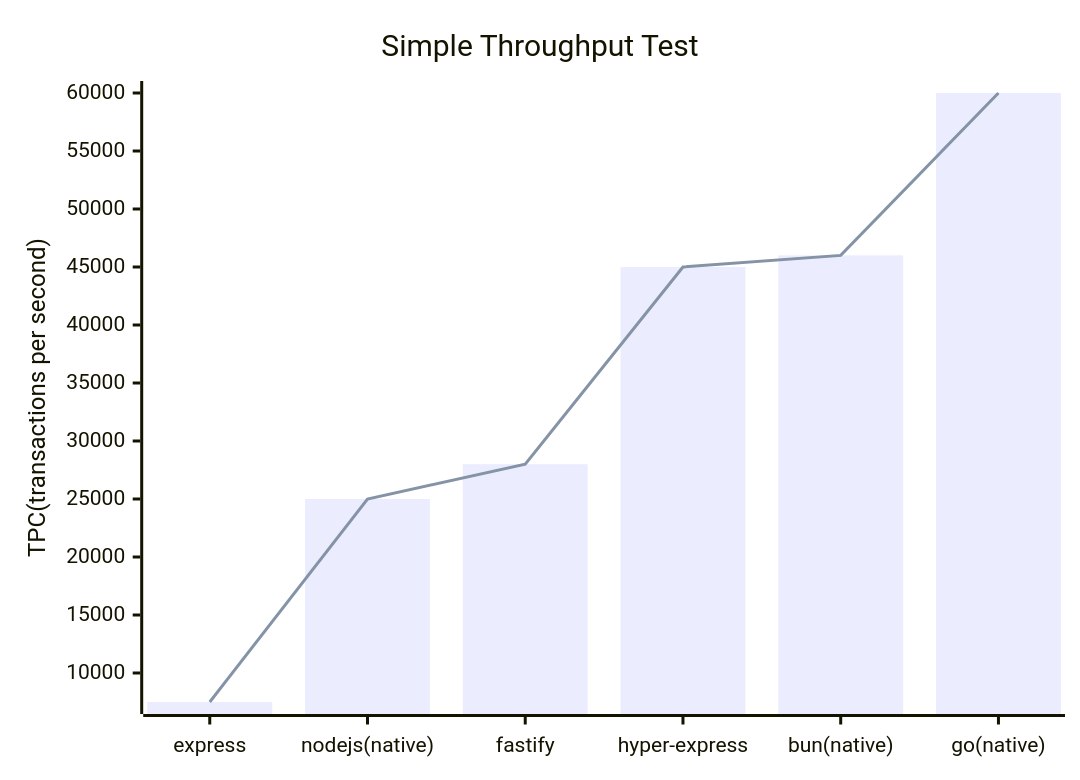
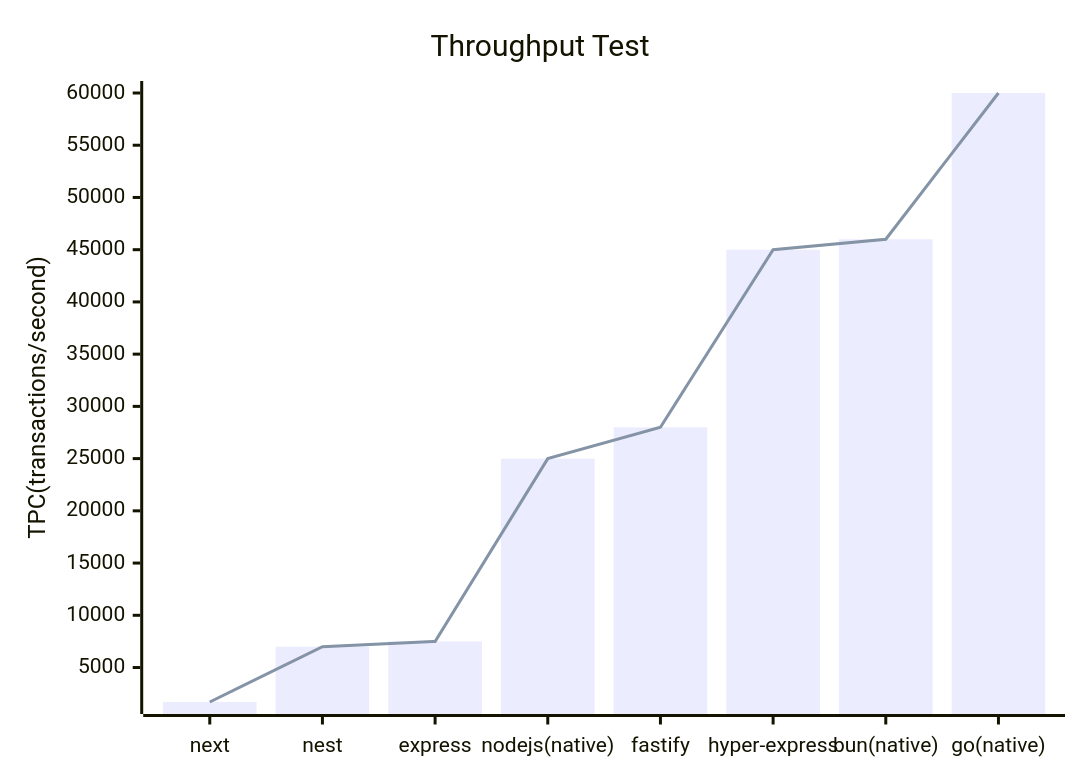
One commit to qaws7791/server-test changed the diagram in readme.md. Above: the diagram before and after it, drawn with Mermaid. The commit also changed other lines of this file, not shown here.

````diff
--- a/readme.md
+++ b/readme.md
@@ -19,8 +20,8 @@
 ```mermaid
 xychart-beta
-    title "Simple Throughput Test"
-    x-axis [express, "nodejs(native)", fastify, hyper-express, "bun(native)", "go(native)"]
-    y-axis "TPC(transactions per second)"
-    bar [7500, 25000, 28000, 45000, 46000, 60000]
-    line [7500, 25000, 28000, 45000, 46000, 60000]
+    title "Throughput Test"
+    x-axis [next, nest, express, "nodejs(native)", fastify, hyper-express, "bun(native)", "go(native)"]
+    y-axis "TPC(transactions/second)"
+    bar [1700, 7000, 7500, 25000, 28000, 45000, 46000, 60000]
+    line [1700, 7000, 7500, 25000, 28000, 45000, 46000, 60000]
 ```
````
